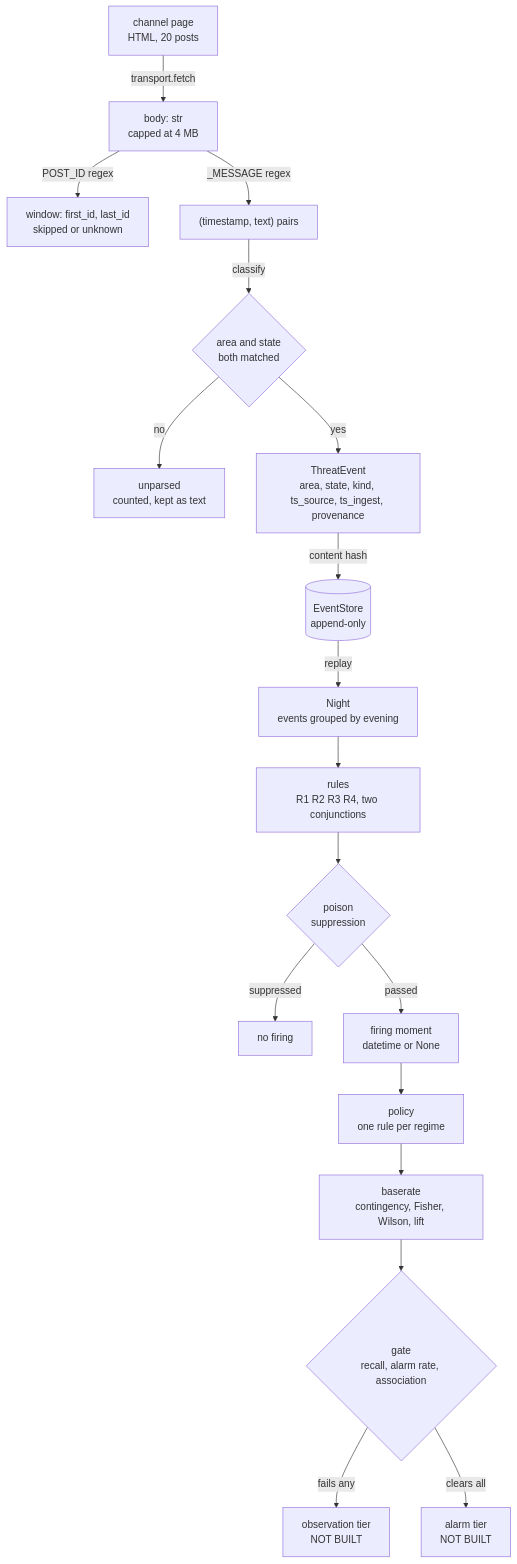
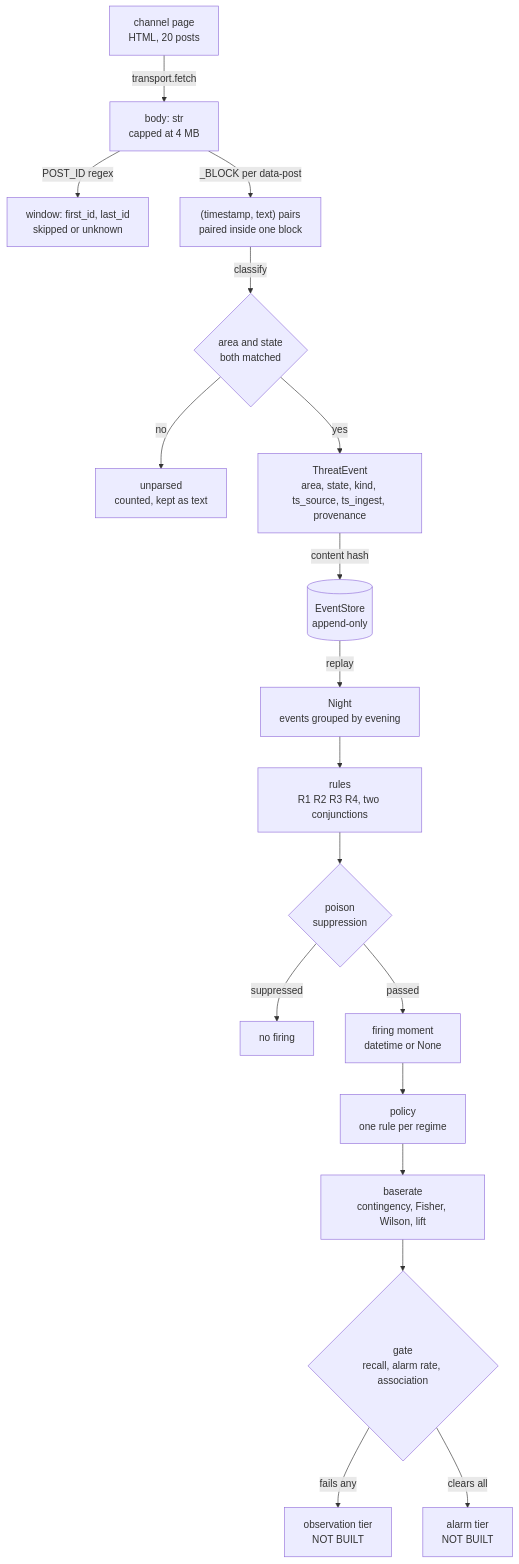
The first of 2 diagrams in docs/DATA-FLOW.md (jerzy99jerzy/air-alert-early-warning), drawn with Mermaid before and after one commit. The commit also changed other lines of this file and 31 other files, not shown here.

First line of the commit message:
F50: pair timestamps within a message block, not across the page

````diff
--- a/docs/DATA-FLOW.md
+++ b/docs/DATA-FLOW.md
@@ -38,21 +38,21 @@
 ```mermaid
 flowchart TD
     CH["channel page<br/>HTML, 20 posts"]
     CH -->|"transport.fetch"| BODY["body: str<br/>capped at 4 MB"]
     BODY -->|"POST_ID regex"| WIN["window: first_id, last_id<br/>skipped or unknown"]
-    BODY -->|"_MESSAGE regex"| MSG["(timestamp, text) pairs"]
+    BODY -->|"_BLOCK per data-post"| MSG["(timestamp, text) pairs<br/>paired inside one block"]
     MSG -->|"classify"| CLS{"area and state<br/>both matched"}
     CLS -->|"no"| UNP["unparsed<br/>counted, kept as text"]
     CLS -->|"yes"| EV["ThreatEvent<br/>area, state, kind, ts_source, ts_ingest, provenance"]
     EV -->|"content hash"| STORE[("EventStore<br/>append-only")]
     STORE -->|"replay"| NIGHT["Night<br/>events grouped by evening"]
     NIGHT --> RULES["rules<br/>R1 R2 R3 R4, two conjunctions"]
     RULES --> SUP{"poison<br/>suppression"}
     SUP -->|"suppressed"| NONE["no firing"]
     SUP -->|"passed"| FIRE["firing moment<br/>datetime or None"]
     FIRE --> POL["policy<br/>one rule per regime"]
     POL --> BASE["baserate<br/>contingency, Fisher, Wilson, lift"]
     BASE --> GATE{"gate<br/>recall, alarm rate, association"}
     GATE -->|"fails any"| OBS["observation tier<br/>NOT BUILT"]
     GATE -->|"clears all"| ALARM["alarm tier<br/>NOT BUILT"]
 ```
````
